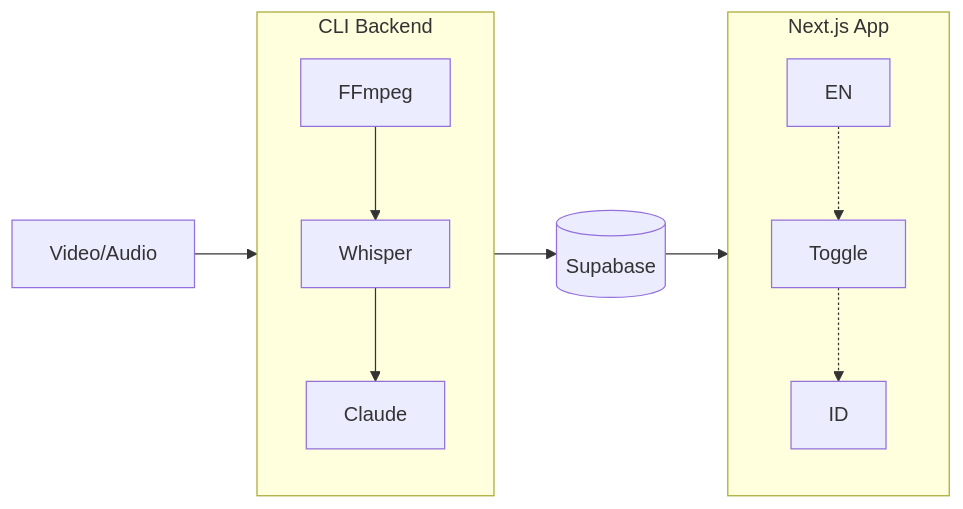
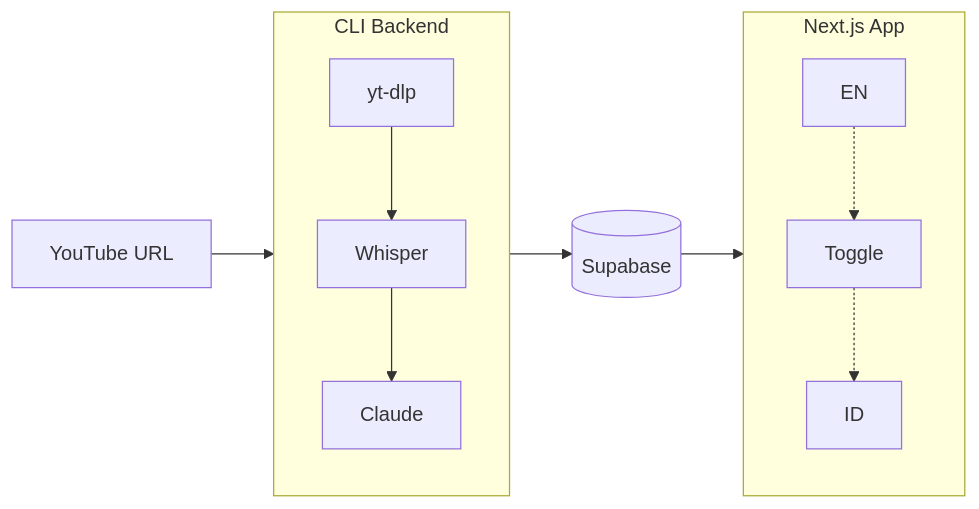
The diagram in README.md (ad17-2/catatan-firman), drawn with Mermaid before and after one commit. The commit also changed other lines of this file and 10 other files, not shown here.

````diff
--- a/README.md
+++ b/README.md
@@ -12,16 +12,16 @@
 ```mermaid
 flowchart LR
-    A[Video/Audio] --> B[CLI Backend]
+    A[YouTube URL] --> B[CLI Backend]
     B --> C[(Supabase)]
     C --> D[Next.js App]
 
     subgraph B[CLI Backend]
-        B1[FFmpeg] --> B2[Whisper]
+        B1[yt-dlp] --> B2[Whisper]
         B2 --> B3[Claude]
     end
 
     subgraph D[Next.js App]
         D1[EN] -.-> D2[Toggle]
         D2 -.-> D3[ID]
     end
 ```
````
